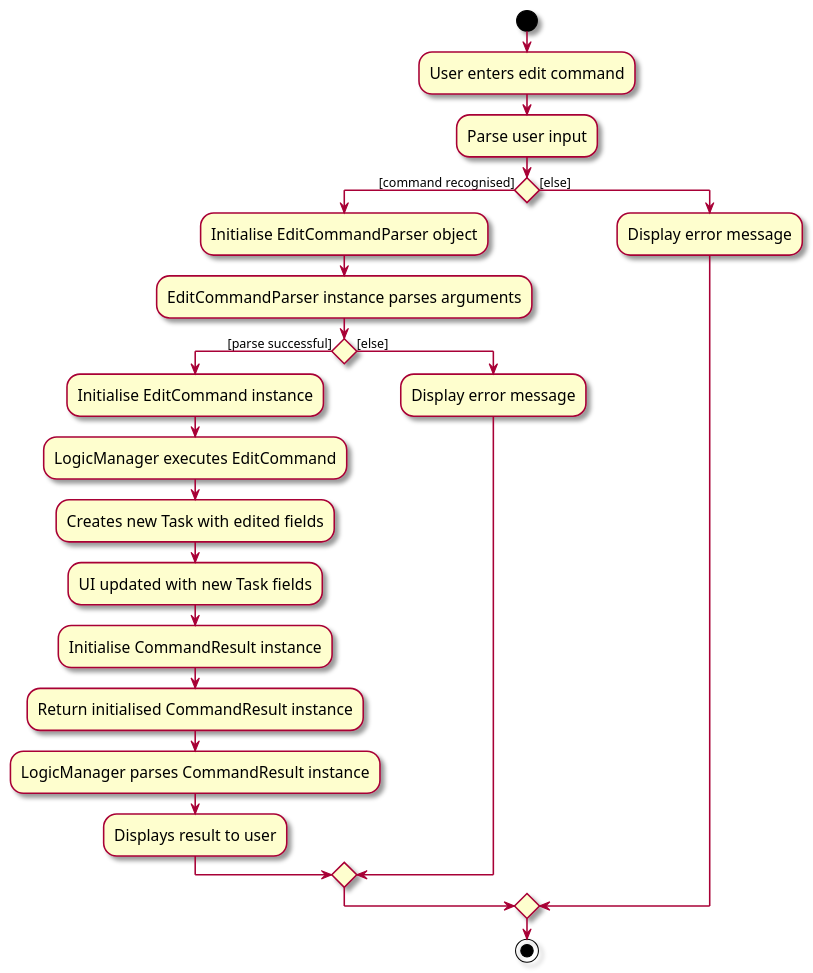
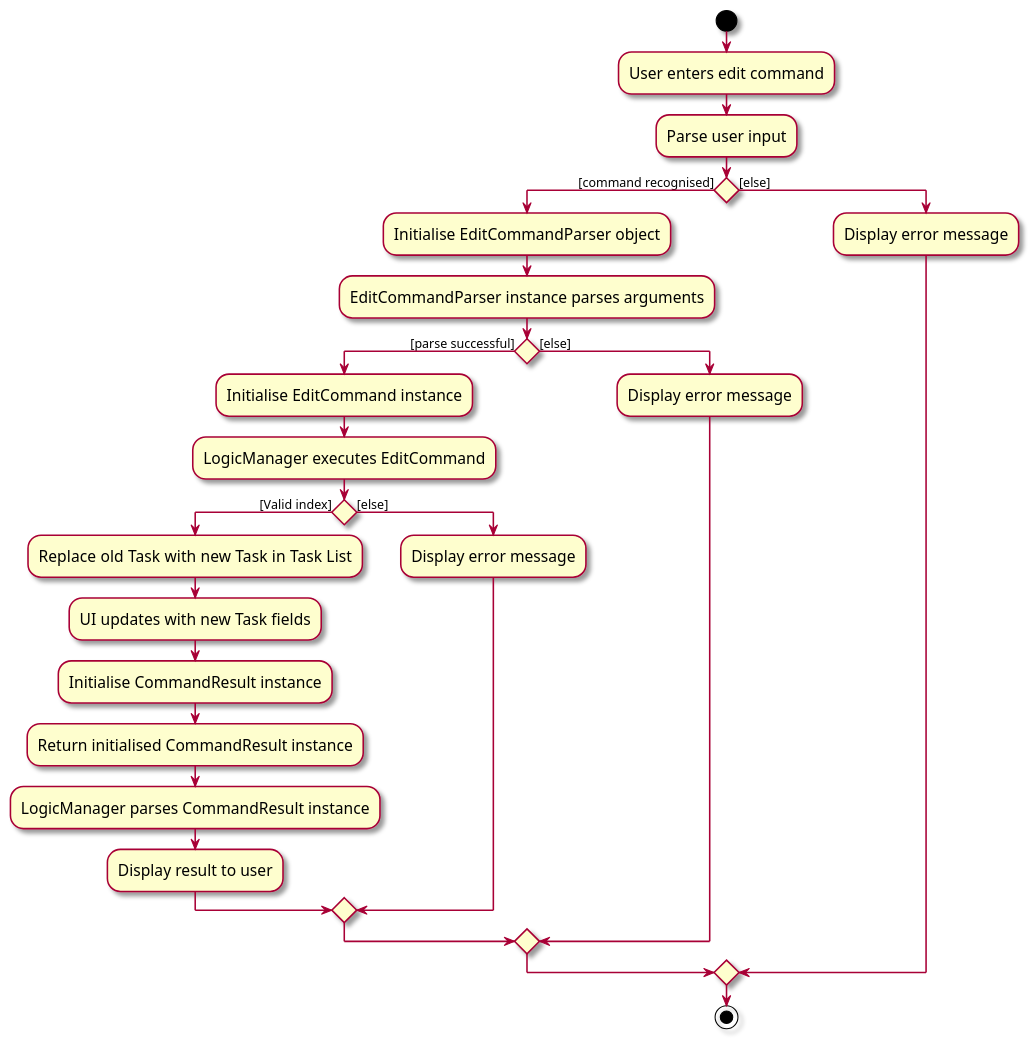
One commit to seantehds/tp changed the diagram in docs/diagrams/EditCommandActivityDiagram.puml. Above: the diagram before and after it, drawn with PlantUML. The commit also changed 1 other file, not shown here.

Commit message:
Update activity diagram for edit command

```diff
--- a/docs/diagrams/EditCommandActivityDiagram.puml
+++ b/docs/diagrams/EditCommandActivityDiagram.puml
@@ -1,33 +1,37 @@
 @startuml
 skin rose
 skinparam ActivityFontSize 15
 skinparam ArrowFontSize 12
 start
 :User enters edit command;
 
 'Since the beta syntax does not support placing the condition outside the
 'diamond we place it as the true branch instead.
 
 :Parse user input;
 
 if () then ([command recognised])
     :Initialise EditCommandParser object;
     :EditCommandParser instance parses arguments;
     if () then ([parse successful])
         :Initialise EditCommand instance;
         :LogicManager executes EditCommand;
-        :Creates new Task with edited fields;
-        :UI updated with new Task fields;
+        if () then ([Valid index])
+        :Replace old Task with new Task in Task List;
+        :UI updates with new Task fields;
         :Initialise CommandResult instance;
         :Return initialised CommandResult instance;
         :LogicManager parses CommandResult instance;
-        :Displays result to user;
+        :Display result to user;
+        else ([else])
+        :Display error message;
+        endif
     else ([else])
         :Display error message;
     endif
 else ([else])
 :Display error message;
 endif
 stop
 
 @enduml
```
